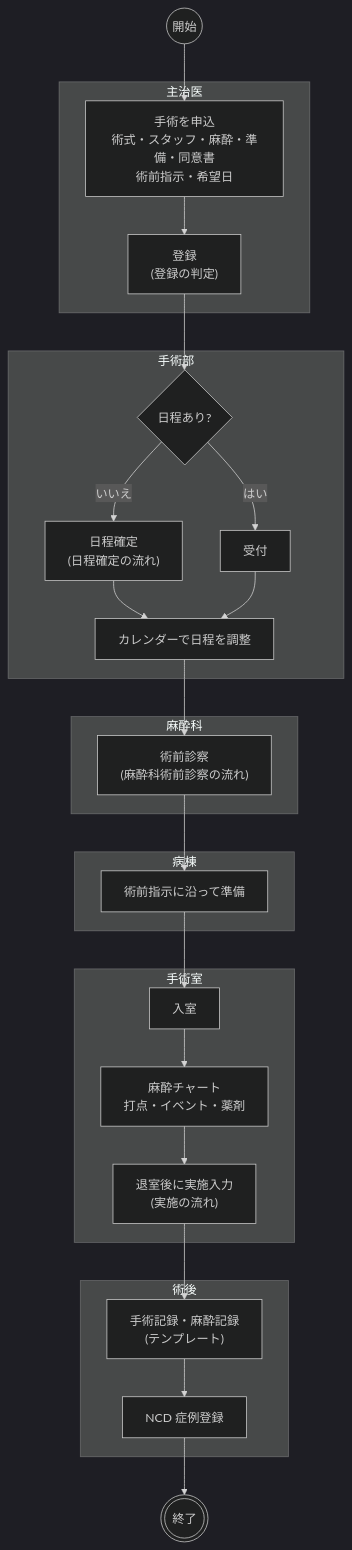
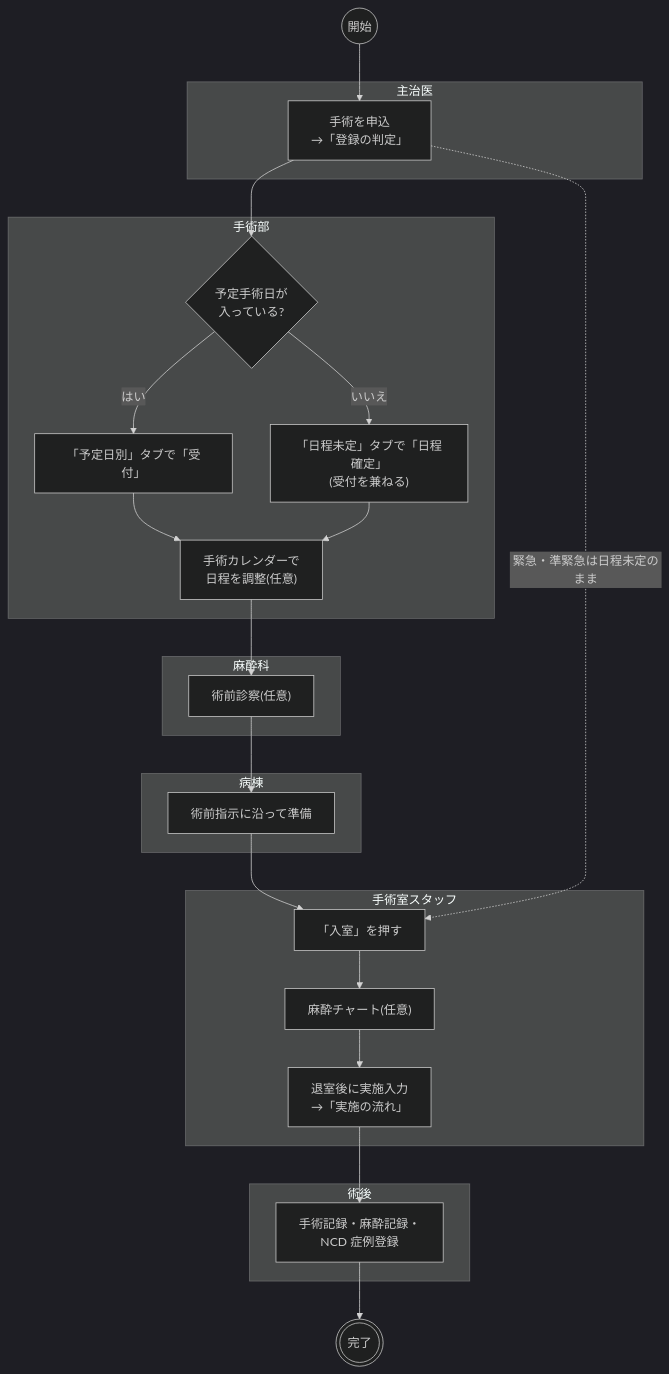
Before and after one commit to ysnr-dev/fhir-client-docs: the first of 6 diagrams in docs/flows/surgery.md, drawn with Mermaid (dark theme). The commit also changed other lines of this file and 43 other files, not shown here.

Commit message:
docs: 業務フローとシーケンス図を写し直し

````diff
--- a/docs/flows/surgery.md
+++ b/docs/flows/surgery.md
@@ -37,41 +21,40 @@
 ```mermaid
 flowchart TD
   start(("開始"))
-  finish((("終了")))
+  finish((("完了")))
 
   subgraph doctor["主治医"]
-    input["手術を申込<br/>術式・スタッフ・麻酔・準備・同意書<br/>術前指示・希望日"]
-    register["登録<br/>(登録の判定)"]
+    input["手術を申込<br/>→「登録の判定」"]
   end
 
   subgraph dept["手術部"]
-    scheduled{"日程あり?"}
-    confirm["日程確定<br/>(日程確定の流れ)"]
-    accept["受付"]
-    adjust["カレンダーで日程を調整"]
+    scheduled{"予定手術日が<br/>入っている?"}
+    accept["「予定日別」タブで「受付」"]
+    confirm["「日程未定」タブで「日程確定」<br/>(受付を兼ねる)"]
+    adjust["手術カレンダーで<br/>日程を調整(任意)"]
   end
 
   subgraph anes["麻酔科"]
-    preop["術前診察<br/>(麻酔科術前診察の流れ)"]
+    preop["術前診察(任意)"]
   end
 
   subgraph ward["病棟"]
     prepare["術前指示に沿って準備"]
   end
 
-  subgraph room["手術室"]
-    admit["入室"]
-    chart["麻酔チャート<br/>打点・イベント・薬剤"]
-    perform["退室後に実施入力<br/>(実施の流れ)"]
+  subgraph room["手術室スタッフ"]
+    admit["「入室」を押す"]
+    chart["麻酔チャート(任意)"]
+    perform["退室後に実施入力<br/>→「実施の流れ」"]
   end
 
   subgraph post["術後"]
-    records["手術記録・麻酔記録<br/>(テンプレート)"]
-    ncd["NCD 症例登録"]
+    records["手術記録・麻酔記録・<br/>NCD 症例登録"]
   end
 
-  start --> input --> register --> scheduled
+  start --> input --> scheduled
+  scheduled -- "はい" --> accept --> adjust
   scheduled -- "いいえ" --> confirm --> adjust
-  scheduled -- "はい" --> accept --> adjust
-  adjust --> preop --> prepare --> admit --> chart --> perform --> records --> ncd --> finish
+  adjust --> preop --> prepare --> admit --> chart --> perform --> records --> finish
+  input -. "緊急・準緊急は日程未定のまま" .-> admit
 ```
````
